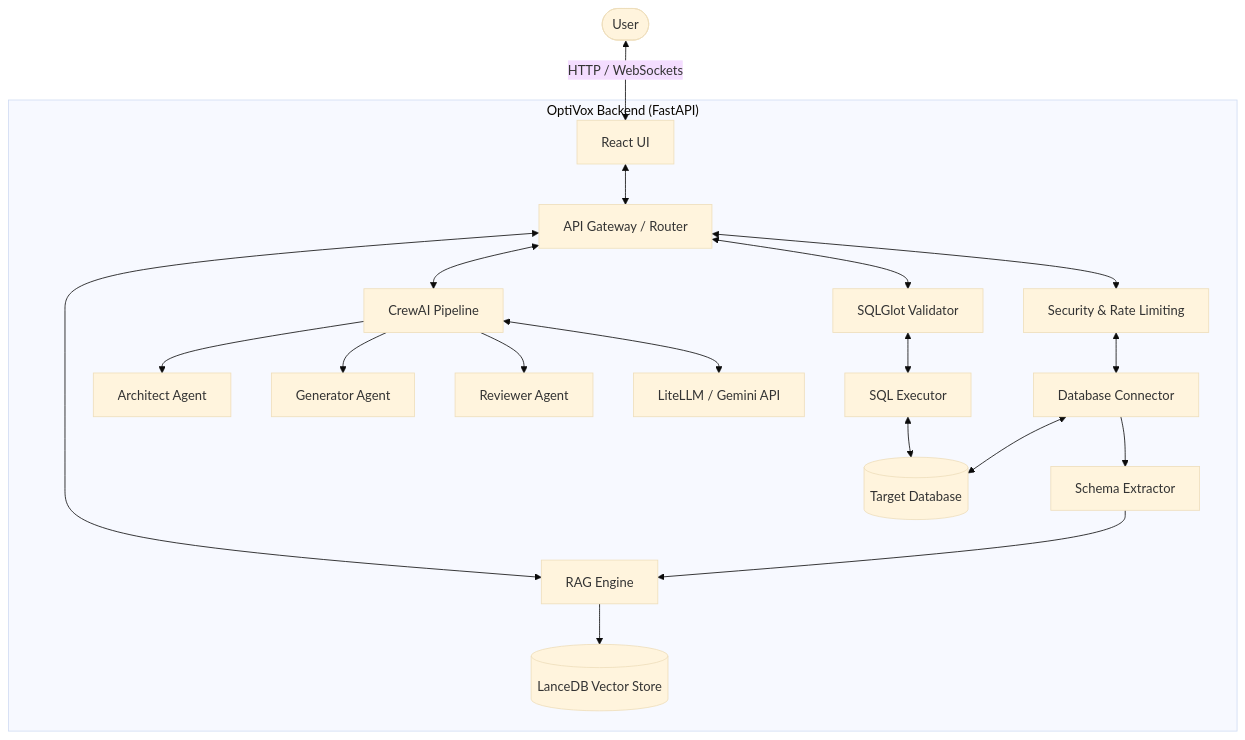
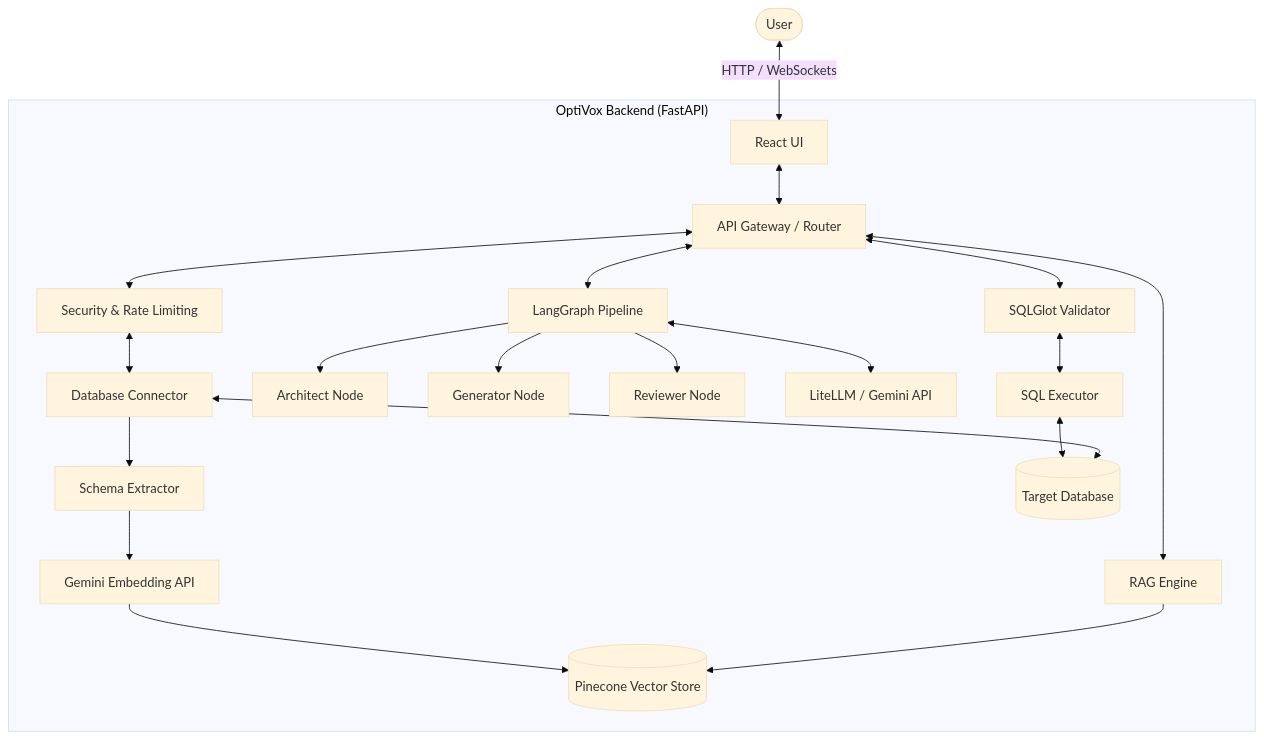
Before and after one commit to KishoreRam-M/Optivox-v1: the diagram in README.md, drawn with Mermaid (base theme). The commit also changed other lines of this file and 19 other files, not shown here.

````diff
--- a/README.md
+++ b/README.md
@@ -53,28 +53,29 @@
 ```mermaid
 graph TD
     User([User]) <--> |HTTP / WebSockets| Frontend[React UI]
     
     subgraph "OptiVox Backend (FastAPI)"
         Frontend <--> API[API Gateway / Router]
         API <--> Auth[Security & Rate Limiting]
         Auth <--> Connector[Database Connector]
         
         API <--> RAG[RAG Engine]
-        RAG --> LanceDB[(LanceDB Vector Store)]
         Connector --> Extractor[Schema Extractor]
-        Extractor --> RAG
+        Extractor --> Embed[Gemini Embedding API]
+        Embed --> Pinecone[(Pinecone Vector Store)]
+        RAG --> Pinecone
         
-        API <--> Agents[CrewAI Pipeline]
-        Agents --> Architect[Architect Agent]
-        Agents --> Generator[Generator Agent]
-        Agents --> Reviewer[Reviewer Agent]
+        API <--> Agents[LangGraph Pipeline]
+        Agents --> Architect[Architect Node]
+        Agents --> Generator[Generator Node]
+        Agents --> Reviewer[Reviewer Node]
         
         Agents <--> LLM[LiteLLM / Gemini API]
         
         API <--> Validator[SQLGlot Validator]
         Validator <--> Executor[SQL Executor]
         
         Executor <--> TargetDB[(Target Database)]
         Connector <--> TargetDB
     end
 ```
````
